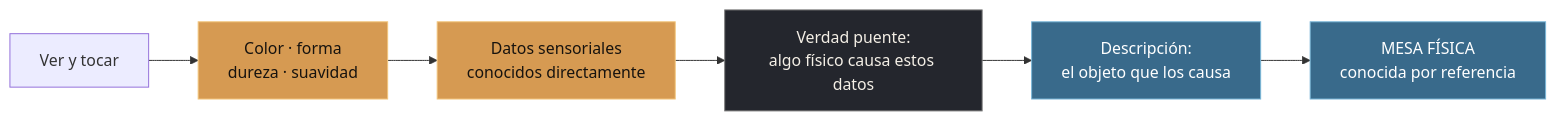
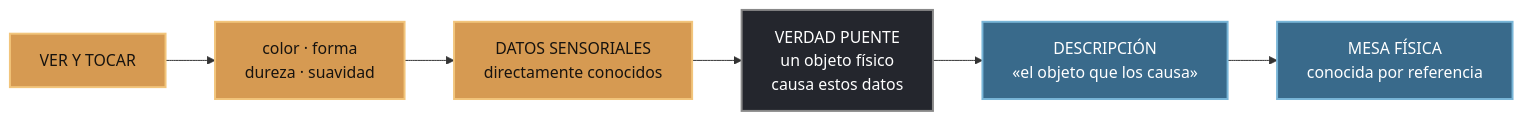
Before and after one commit to stevenvo780/russell-conocimiento-directo: the second of 8 diagrams in Capitulo5.md, drawn with Mermaid. The commit also changed other lines of this file and 10 other files, not shown here.

````diff
--- a/Capitulo5.md
+++ b/Capitulo5.md
@@ -147,15 +279,15 @@
 ```mermaid
 flowchart LR
-    P["Ver y tocar"] --> S["Color · forma<br/>dureza · suavidad"]
-    S --> D["Datos sensoriales<br/>conocidos directamente"]
-    D --> T["Verdad puente:<br/>algo físico causa estos datos"]
-    T --> X["Descripción:<br/>el objeto que los causa"]
-    X --> M["MESA FÍSICA<br/>conocida por referencia"]
+    A["VER Y TOCAR"] --> B["color · forma<br/>dureza · suavidad"]
+    B --> C["DATOS SENSORIALES<br/>directamente conocidos"]
+    C --> D["VERDAD PUENTE<br/>un objeto físico<br/>causa estos datos"]
+    D --> E["DESCRIPCIÓN<br/>«el objeto que los causa»"]
+    E --> F["MESA FÍSICA<br/>conocida por referencia"]
 
-    classDef direct fill:#d69a52,color:#17130f,stroke:#f2c57c;
-    classDef bridge fill:#24262d,color:#f4efe6,stroke:#777;
-    classDef reference fill:#396a8b,color:#fff,stroke:#79b6d8;
-    class S,D direct;
-    class T bridge;
-    class X,M reference;
+    classDef directo fill:#d69a52,color:#17130f,stroke:#f2c57c,stroke-width:2px;
+    classDef puente fill:#24262d,color:#fff,stroke:#888,stroke-width:2px;
+    classDef referencia fill:#396a8b,color:#fff,stroke:#79b6d8,stroke-width:2px;
+    class A,B,C directo;
+    class D puente;
+    class E,F referencia;
 ```
````
